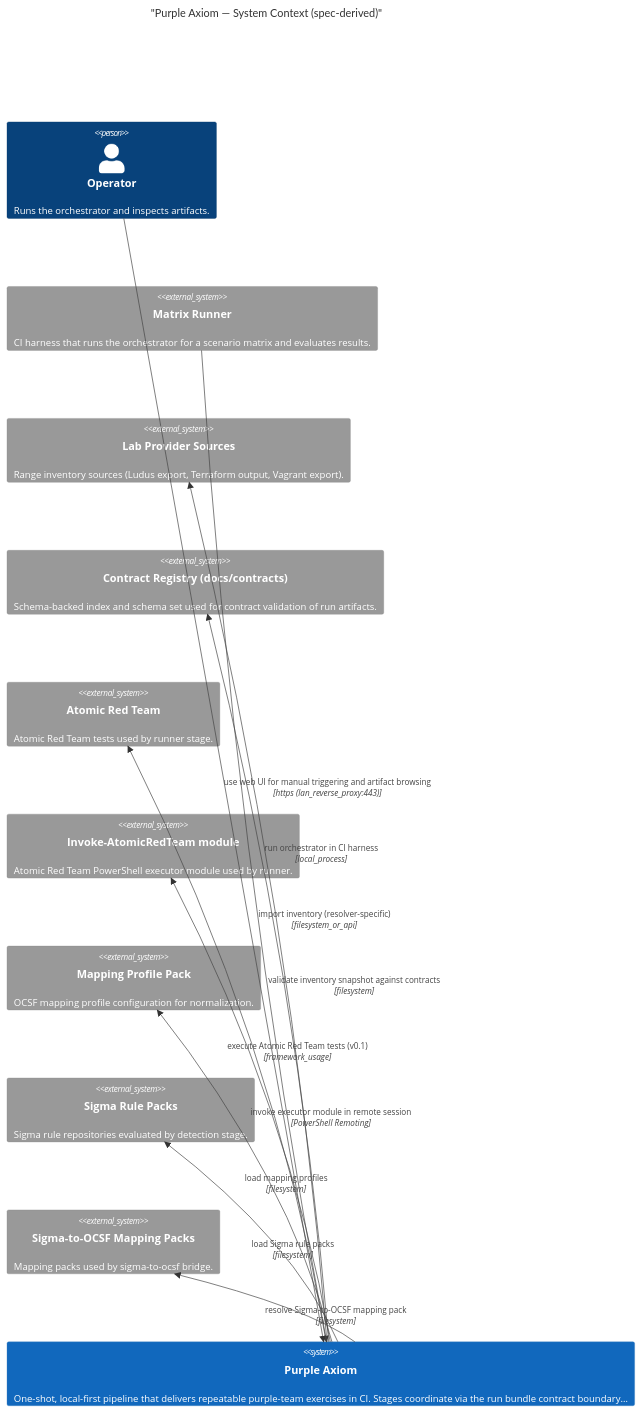
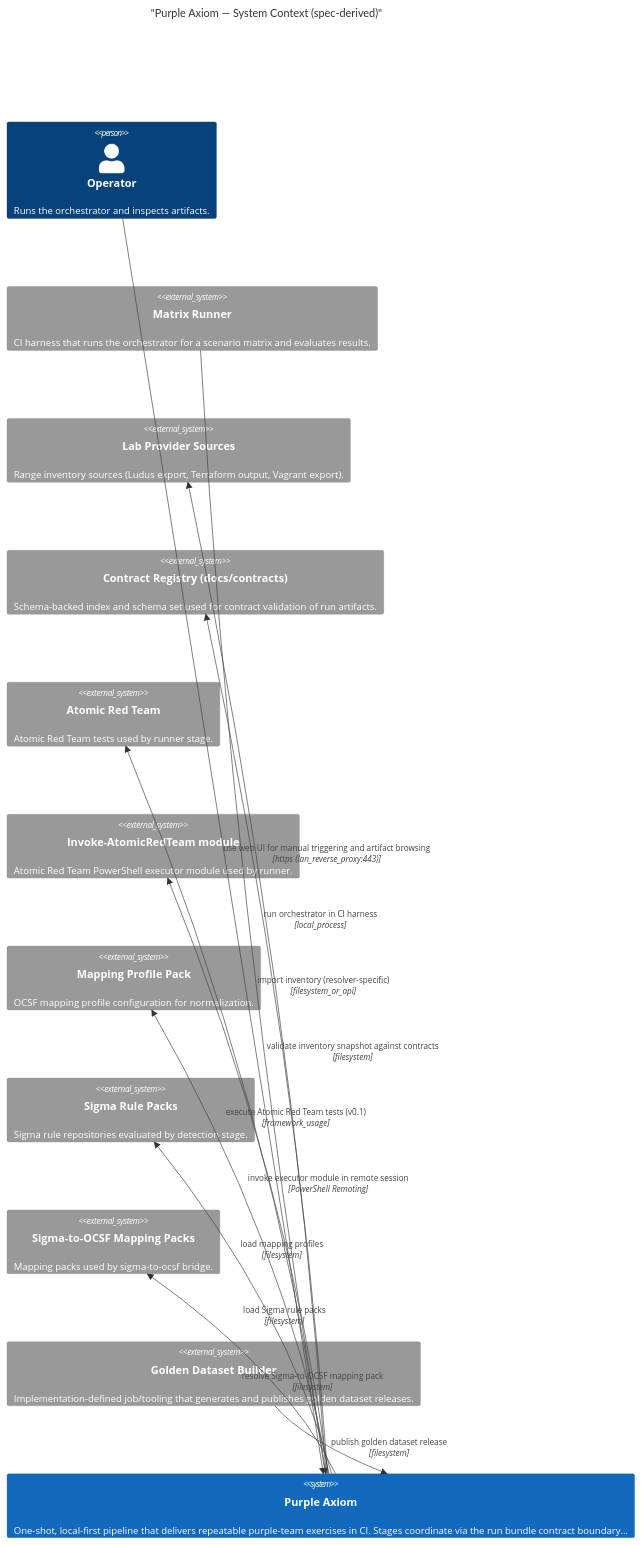
One commit to JochiRaider/purple-axiom changed the diagram in docs/diagrams/generated/c4_context_purple_axiom.md. Above: the diagram before and after it, drawn with Mermaid. The commit also changed 3 other files, not shown here.

````diff
--- a/docs/diagrams/generated/c4_context_purple_axiom.md
+++ b/docs/diagrams/generated/c4_context_purple_axiom.md
@@ -3,24 +3,26 @@
 ```mermaid
 C4Context
 title "Purple Axiom — System Context (spec-derived)"
 Person(operator, "Operator", "Runs the orchestrator and inspects artifacts.")
 System_Ext(matrix_runner, "Matrix Runner", "CI harness that runs the orchestrator for a scenario matrix and evaluates results.")
 System_Ext(lab_provider_sources, "Lab Provider Sources", "Range inventory sources (Ludus export, Terraform output, Vagrant export).")
 System_Ext(contract_registry, "Contract Registry (docs/contracts)", "Schema-backed index and schema set used for contract validation of run artifacts.")
 System_Ext(atomic_red_team, "Atomic Red Team", "Atomic Red Team tests used by runner stage.")
 System_Ext(invoke_atomic_red_team, "Invoke-AtomicRedTeam module", "Atomic Red Team PowerShell executor module used by runner.")
 System_Ext(mapping_profile_pack, "Mapping Profile Pack", "OCSF mapping profile configuration for normalization.")
 System_Ext(sigma_rule_packs, "Sigma Rule Packs", "Sigma rule repositories evaluated by detection stage.")
 System_Ext(sigma_to_ocsf_mapping_packs, "Sigma-to-OCSF Mapping Packs", "Mapping packs used by sigma-to-ocsf bridge.")
+System_Ext(golden_dataset_builder, "Golden Dataset Builder", "Implementation-defined job/tooling that generates and publishes golden dataset releases.")
 System(purple_ci_orchestrator, "Purple Axiom", "One-shot, local-first pipeline that delivers repeatable purple-team exercises in CI. Stages coordinate via the run bundle contract boundary…")
 Rel(operator, purple_ci_orchestrator, "invoke lifecycle verbs (build/simulate/replay/export/destroy)", "cli")
 Rel(operator, purple_ci_orchestrator, "use web UI for manual triggering and artifact browsing", "https (lan_reverse_proxy:443)")
 Rel(matrix_runner, purple_ci_orchestrator, "run orchestrator in CI harness", "local_process")
 Rel(purple_ci_orchestrator, lab_provider_sources, "import inventory (resolver-specific)", "filesystem_or_api")
 Rel(purple_ci_orchestrator, contract_registry, "validate inventory snapshot against contracts", "filesystem")
 Rel(purple_ci_orchestrator, atomic_red_team, "execute Atomic Red Team tests (v0.1)", "framework_usage")
 Rel(purple_ci_orchestrator, invoke_atomic_red_team, "invoke executor module in remote session", "PowerShell Remoting")
 Rel(purple_ci_orchestrator, mapping_profile_pack, "load mapping profiles", "filesystem")
 Rel(purple_ci_orchestrator, sigma_rule_packs, "load Sigma rule packs", "filesystem")
 Rel(purple_ci_orchestrator, sigma_to_ocsf_mapping_packs, "resolve Sigma-to-OCSF mapping pack", "filesystem")
+Rel(golden_dataset_builder, purple_ci_orchestrator, "publish golden dataset release", "filesystem")
 ```
````
